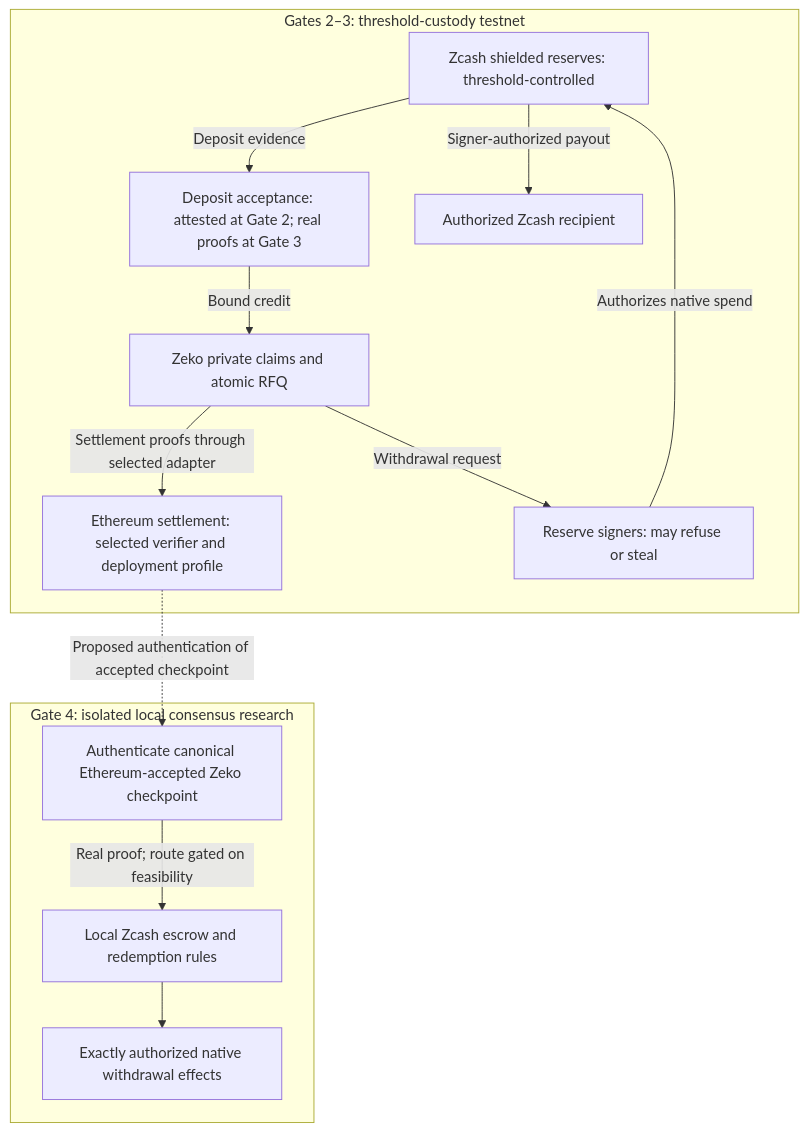
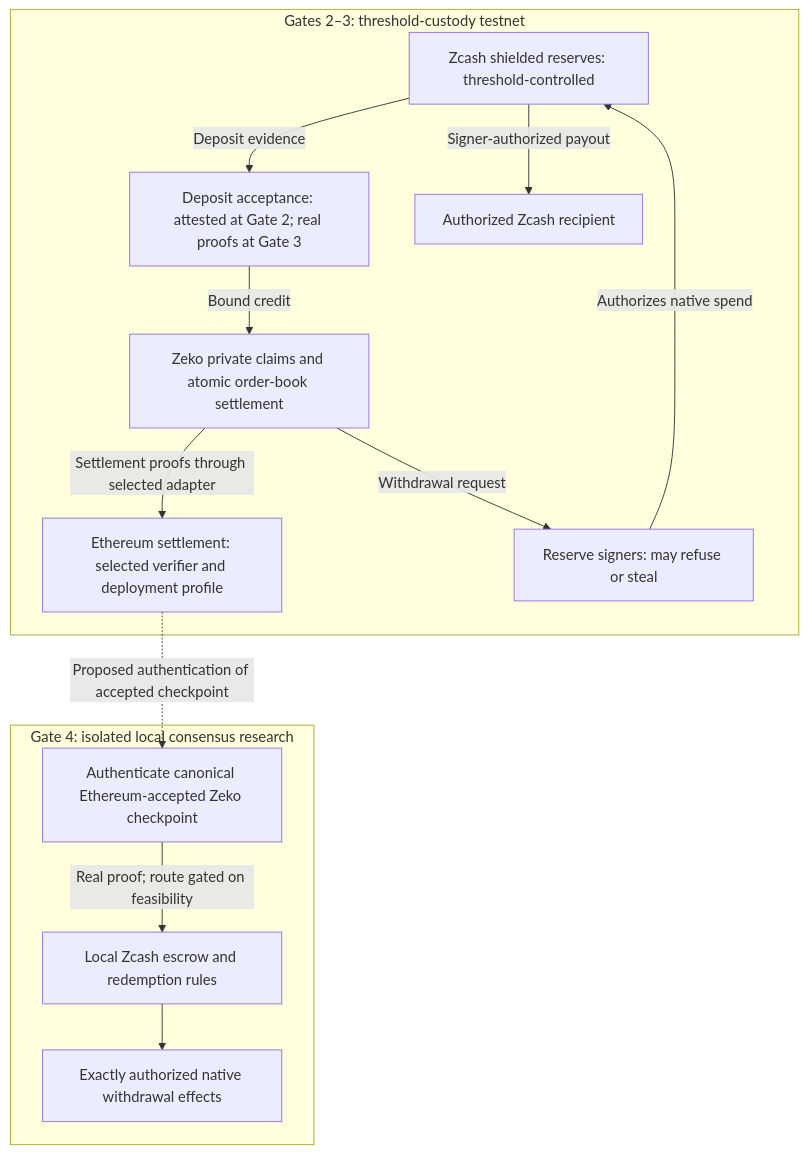
Before and after one commit to Evan-k-global/zcash: the diagram in ironlimb-technical-design-and-threat-model.md, drawn with Mermaid. The commit also changed other lines of this file and 6 other files, not shown here.

First line of the commit message:
Align IronLimb proposal documents with private order-book trading

````diff
--- a/ironlimb-technical-design-and-threat-model.md
+++ b/ironlimb-technical-design-and-threat-model.md
@@ -21,25 +21,25 @@
 ```mermaid
 flowchart TB
   subgraph TESTNET["Gates 2–3: threshold-custody testnet"]
     Z["Zcash shielded reserves: threshold-controlled"]
     D["Deposit acceptance: attested at Gate 2; real proofs at Gate 3"]
-    P["Zeko private claims and atomic RFQ"]
+    P["Zeko private claims and atomic order-book settlement"]
     E["Ethereum settlement: selected verifier and deployment profile"]
     S["Reserve signers: may refuse or steal"]
     U["Authorized Zcash recipient"]
     Z -->|"Deposit evidence"| D
     D -->|"Bound credit"| P
     P -->|"Settlement proofs through selected adapter"| E
     P -->|"Withdrawal request"| S
     S -->|"Authorizes native spend"| Z
     Z -->|"Signer-authorized payout"| U
   end
   subgraph RESEARCH["Gate 4: isolated local consensus research"]
     A["Authenticate canonical Ethereum-accepted Zeko checkpoint"]
     C["Local Zcash escrow and redemption rules"]
     W["Exactly authorized native withdrawal effects"]
     A -->|"Real proof; route gated on feasibility"| C
     C --> W
   end
   E -.->|"Proposed authentication of accepted checkpoint"| A
 ```
````
